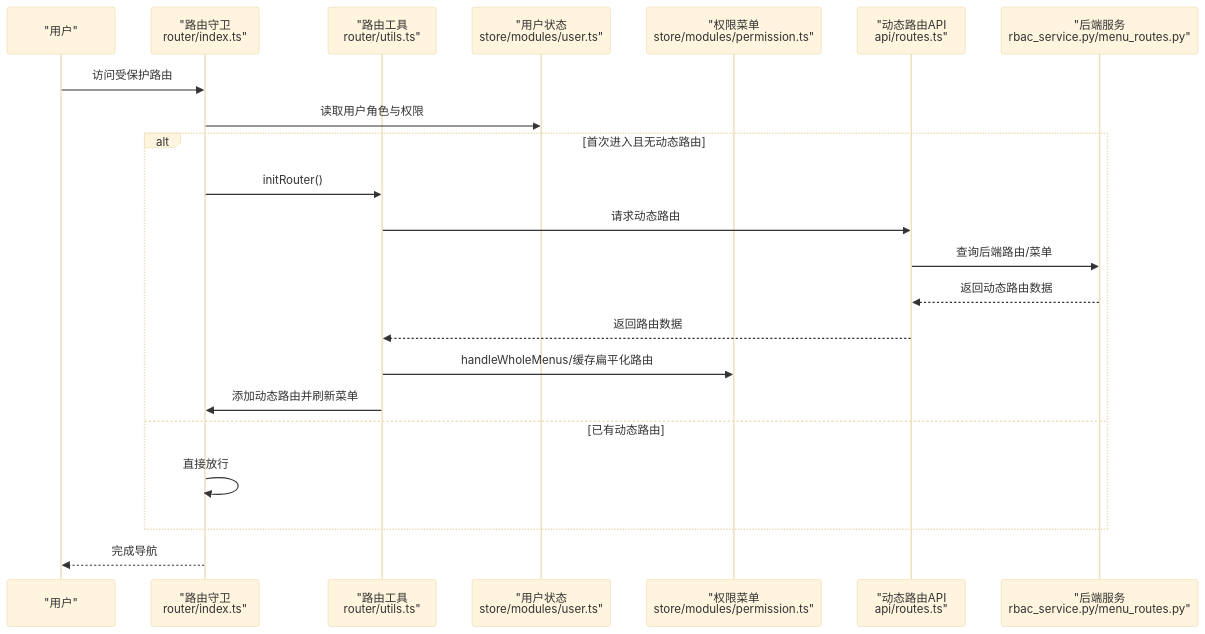
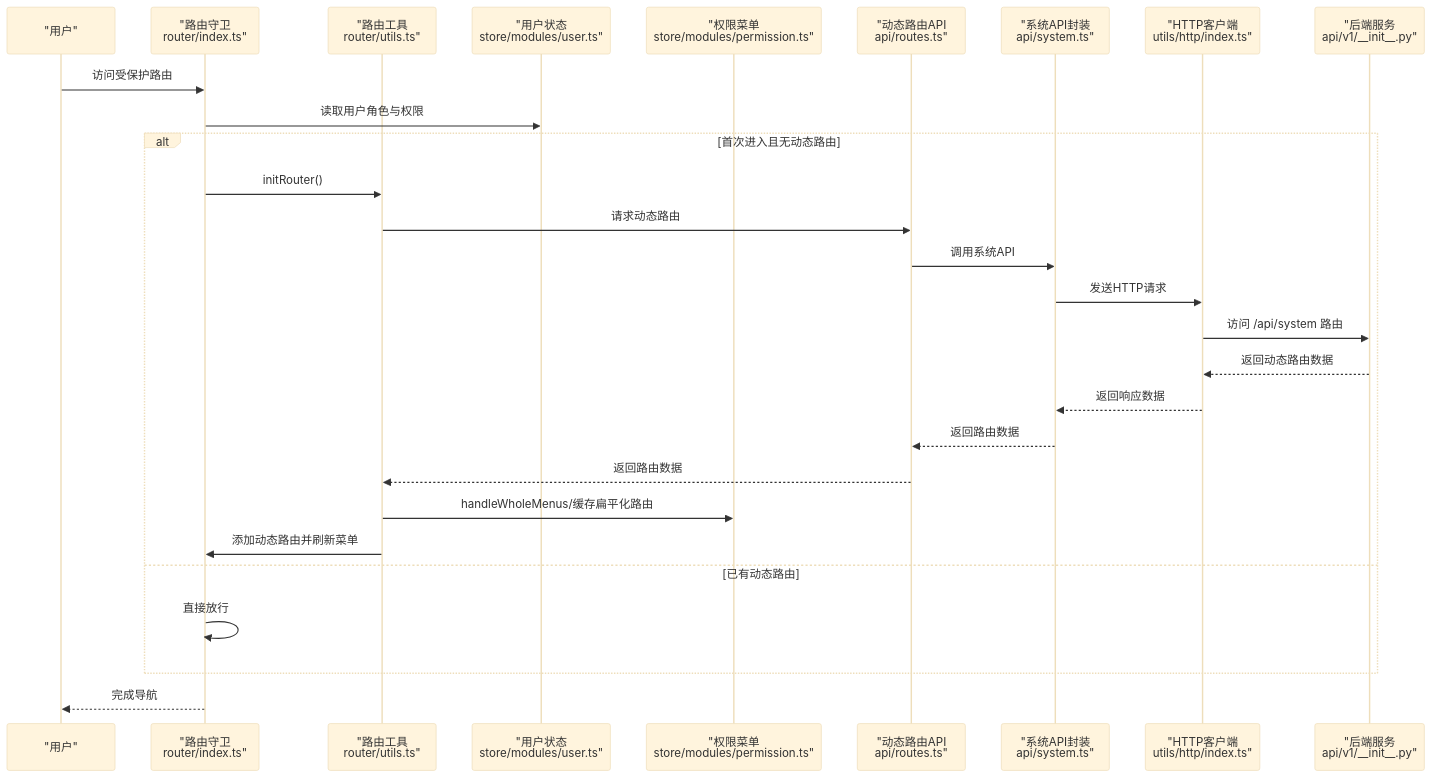
Before and after one commit to taoweidong/Hello-FastApi: the second of 7 diagrams in .qoder/repowiki/zh/content/RBAC 权限系统/动态权限控制.md, drawn with Mermaid (base theme). The commit also changed other lines of this file and 9 other files, not shown here.

````diff
--- a/.qoder/repowiki/zh/content/RBAC 权限系统/动态权限控制.md
+++ b/.qoder/repowiki/zh/content/RBAC 权限系统/动态权限控制.md
@@ -136,24 +170,30 @@
 ```mermaid
 sequenceDiagram
 participant U as "用户"
 participant R as "路由守卫<br/>router/index.ts"
 participant RU as "路由工具<br/>router/utils.ts"
 participant US as "用户状态<br/>store/modules/user.ts"
 participant PS as "权限菜单<br/>store/modules/permission.ts"
 participant API as "动态路由API<br/>api/routes.ts"
-participant S as "后端服务<br/>rbac_service.py/menu_routes.py"
+participant SYS as "系统API封装<br/>api/system.ts"
+participant HTTP as "HTTP客户端<br/>utils/http/index.ts"
+participant S as "后端服务<br/>api/v1/__init__.py"
 U->>R : 访问受保护路由
 R->>US : 读取用户角色与权限
 alt 首次进入且无动态路由
 R->>RU : initRouter()
 RU->>API : 请求动态路由
-API->>S : 查询后端路由/菜单
-S-->>API : 返回动态路由数据
+API->>SYS : 调用系统API
+SYS->>HTTP : 发送HTTP请求
+HTTP->>S : 访问 /api/system 路由
+S-->>HTTP : 返回动态路由数据
+HTTP-->>SYS : 返回响应数据
+SYS-->>API : 返回路由数据
 API-->>RU : 返回路由数据
 RU->>PS : handleWholeMenus/缓存扁平化路由
 RU->>R : 添加动态路由并刷新菜单
 else 已有动态路由
 R->>R : 直接放行
 end
 R-->>U : 完成导航
 ```
````
